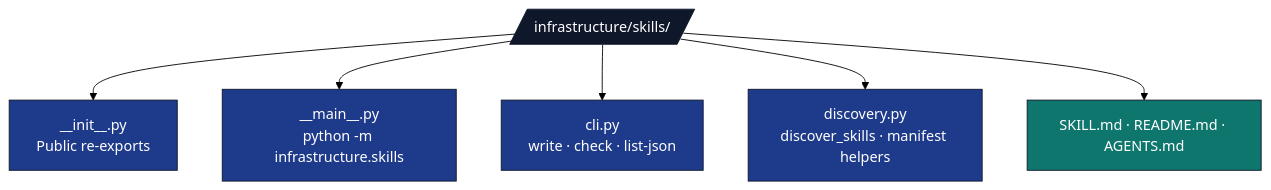
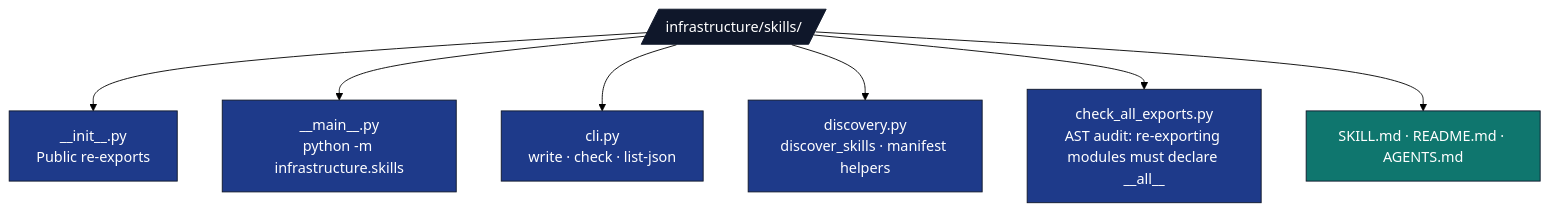
The diagram in infrastructure/skills/AGENTS.md (docxology/template), drawn with Mermaid (forest theme) before and after one commit. The commit also changed 952 other files, not shown here.

````diff
--- a/infrastructure/skills/AGENTS.md
+++ b/infrastructure/skills/AGENTS.md
@@ -9,16 +9,17 @@
 ```mermaid
 flowchart TB
     SK[/infrastructure/skills//]
     SK --> INIT[__init__.py<br/>Public re-exports]
     SK --> MAIN[__main__.py<br/>python -m infrastructure.skills]
     SK --> CLI[cli.py<br/>write · check · list-json]
     SK --> DISC[discovery.py<br/>discover_skills · manifest helpers]
+    SK --> CHK[check_all_exports.py<br/>AST audit: re-exporting modules must declare __all__]
     SK --> DOCS[SKILL.md · README.md · AGENTS.md]
 
     classDef d fill:#0f172a,stroke:#0f172a,color:#fff
     classDef code fill:#1e3a8a,stroke:#0f172a,color:#fff
     classDef doc fill:#0f766e,stroke:#0f172a,color:#fff
     class SK d
-    class INIT,MAIN,CLI,DISC code
+    class INIT,MAIN,CLI,DISC,CHK code
     class DOCS doc
 ```
````
